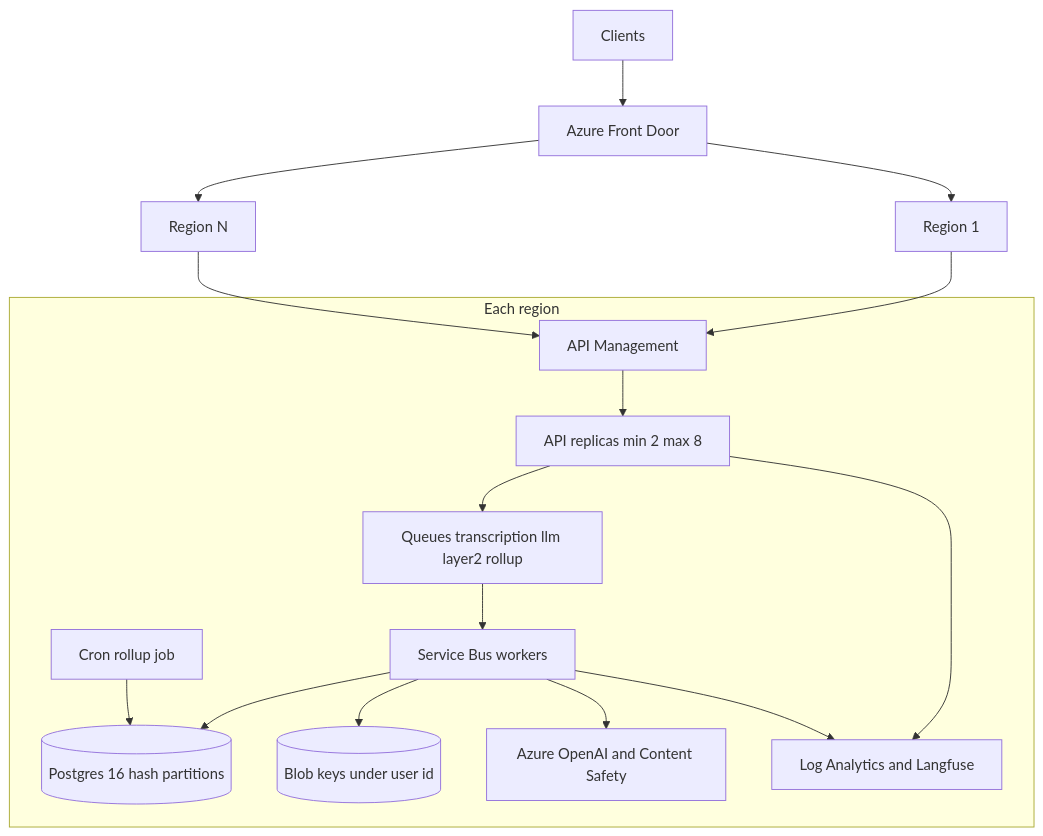
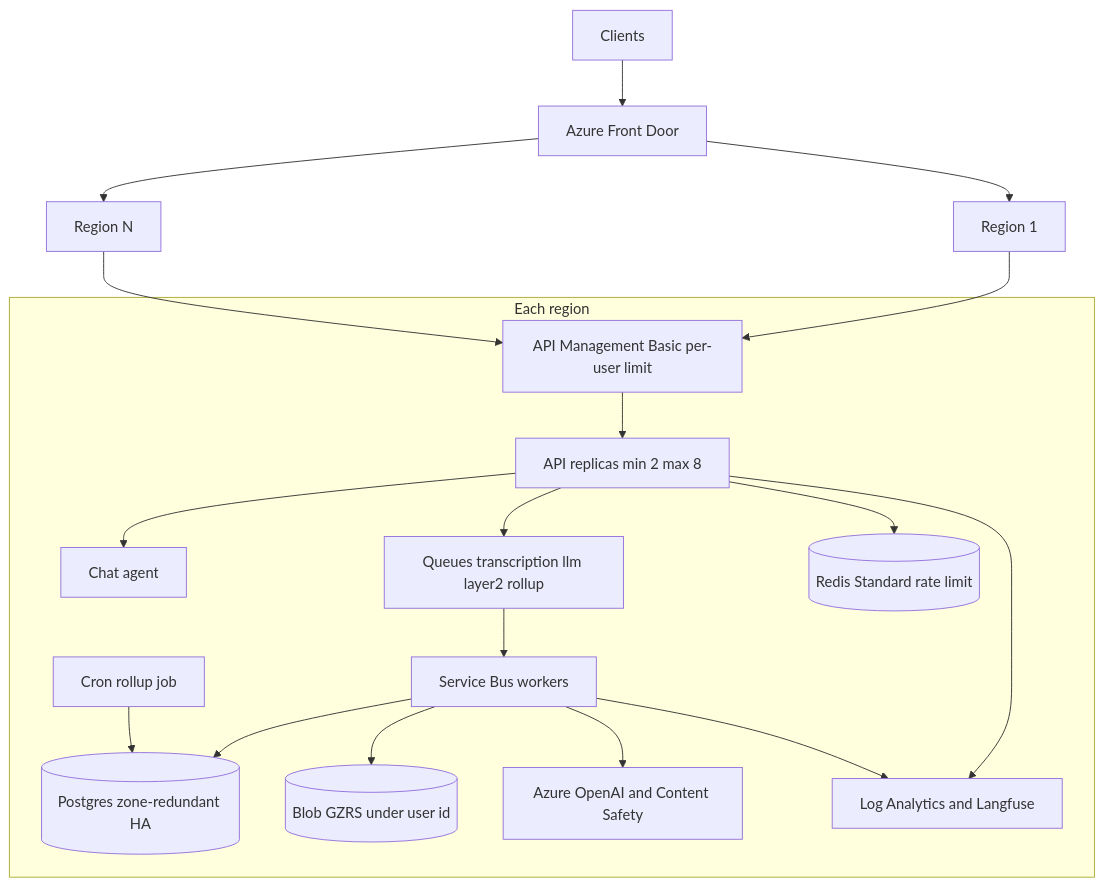
One commit to highprincezero/wn-voice-analytics changed the third of 4 diagrams in README.md. Above: the diagram before and after it, drawn with Mermaid. The commit also changed other lines of this file and 36 other files, not shown here.

First line of the commit message:
Add assistant chat, per-user limits, and zone redundancy

````diff
--- a/README.md
+++ b/README.md
@@ -119,30 +124,34 @@
 ```mermaid
 flowchart TB
   users[Clients] --> fd[Azure Front Door]
   fd --> r1[Region 1]
   fd --> rn[Region N]
 
   subgraph regionBox [Each region]
-    apim[API Management]
+    apim[API Management Basic per-user limit]
     api[API replicas min 2 max 8]
+    chat[Chat agent]
     queues[Queues transcription llm layer2 rollup]
     workers[Service Bus workers]
     rollup[Cron rollup job]
-    db[(Postgres 16 hash partitions)]
-    blob[(Blob keys under user id)]
+    db[(Postgres zone-redundant HA)]
+    blob[(Blob GZRS under user id)]
+    cache[(Redis Standard rate limit)]
     oai[Azure OpenAI and Content Safety]
     obs[Log Analytics and Langfuse]
   end
 
   r1 --> apim
   rn --> apim
   apim --> api
+  api --> chat
+  api --> cache
   api --> queues
   queues --> workers
   workers --> db
   workers --> blob
   workers --> oai
   rollup --> db
   api --> obs
   workers --> obs
 ```
````
